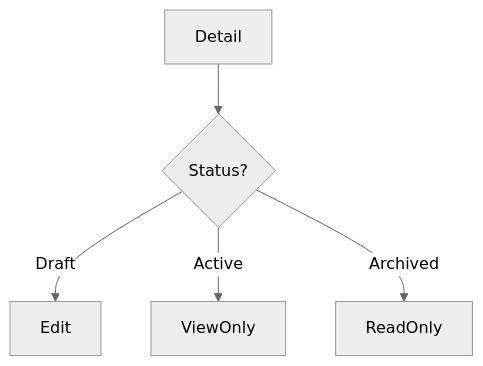
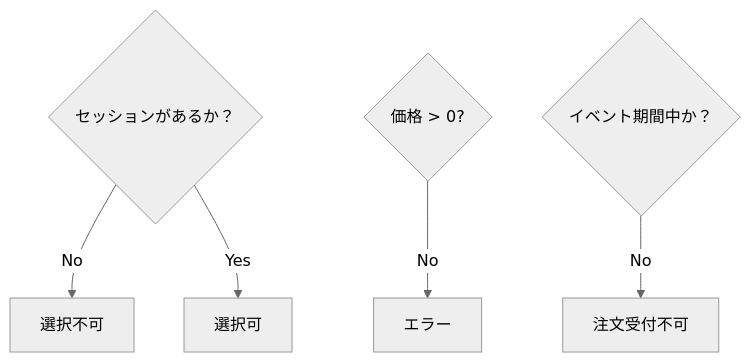
Before and after one commit to Gypsophila1912/rejogi-app: the fourth of 8 diagrams in 03_screen-flow_md.md, drawn with Mermaid (neutral theme). The commit also changed other lines of this file and 7 other files, not shown here.

````diff
--- a/03_screen-flow_md.md
+++ b/03_screen-flow_md.md
@@ -89,7 +101,12 @@
 ```mermaid
 flowchart TD
-    Detail --> StatusCheck{Status?}
-    StatusCheck -->|Draft| Edit
-    StatusCheck -->|Active| ViewOnly
-    StatusCheck -->|Archived| ReadOnly
+    SessionCheck{セッションがあるか？}
+    SessionCheck -->|No| 選択不可
+    SessionCheck -->|Yes| 選択可
+
+    PriceCheck{価格 > 0?}
+    PriceCheck -->|No| エラー
+
+    EventPeriodCheck{イベント期間中か？}
+    EventPeriodCheck -->|No| 注文受付不可
 ```
````
